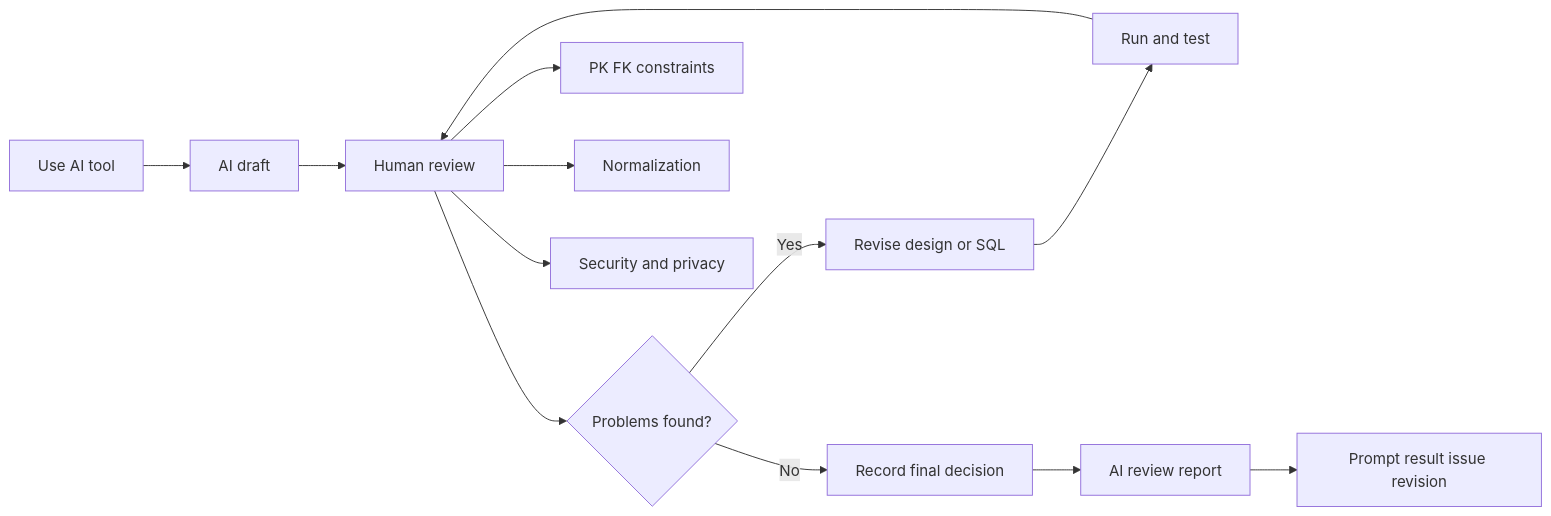
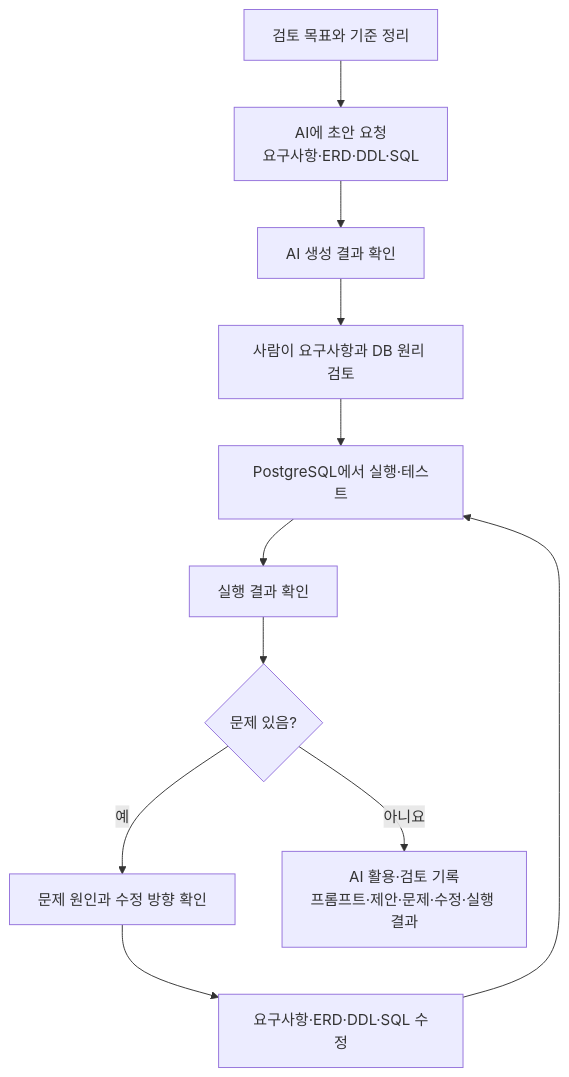
One commit to GilbertMoon/ai-database-book changed the diagram in images/chapter15/ch15_05_ai_review_loop.mmd. Above: the diagram before and after it, drawn with Mermaid.

Commit message:
Refine chapter 15 AI review loop source

```diff
--- a/images/chapter15/ch15_05_ai_review_loop.mmd
+++ b/images/chapter15/ch15_05_ai_review_loop.mmd
@@ -1,14 +1,11 @@
-flowchart LR
-    A[Use AI tool] --> B[AI draft]
-    B --> C[Human review]
-    C --> D{Problems found?}
-    D -->|Yes| E[Revise design or SQL]
-    E --> F[Run and test]
-    F --> C
-    D -->|No| G[Record final decision]
-    G --> H[AI review report]
-
-    C --> C1[PK FK constraints]
-    C --> C2[Normalization]
-    C --> C3[Security and privacy]
-    H --> H1[Prompt result issue revision]
+flowchart TB
+    A[검토 목표와 기준 정리] --> B[AI에 초안 요청<br/>요구사항·ERD·DDL·SQL]
+    B --> C[AI 생성 결과 확인]
+    C --> D[사람이 요구사항과 DB 원리 검토]
+    D --> E[PostgreSQL에서 실행·테스트]
+    E --> F[실행 결과 확인]
+    F --> G{문제 있음?}
+    G -- 예 --> H[문제 원인과 수정 방향 확인]
+    H --> I[요구사항·ERD·DDL·SQL 수정]
+    I --> E
+    G -- 아니요 --> J[AI 활용·검토 기록<br/>프롬프트·제안·문제·수정·실행 결과]
```
